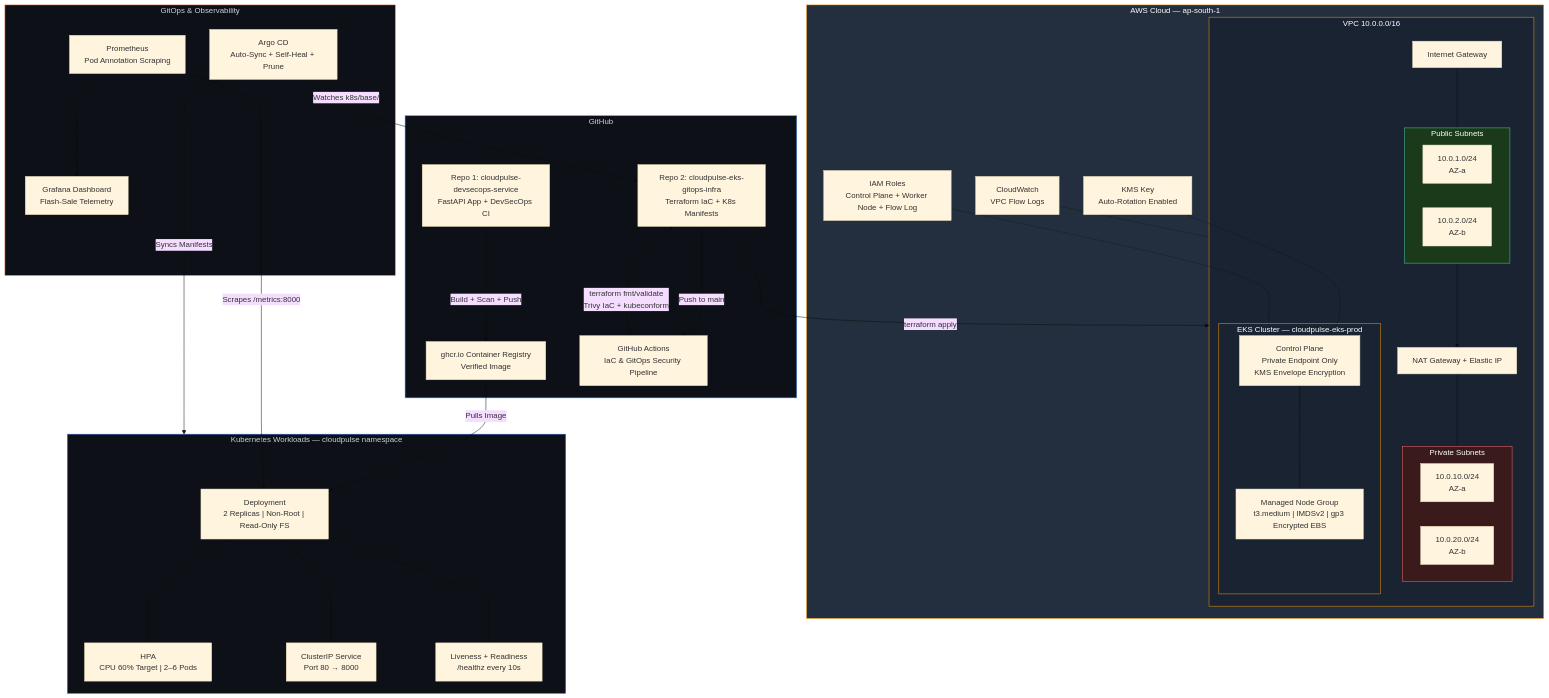
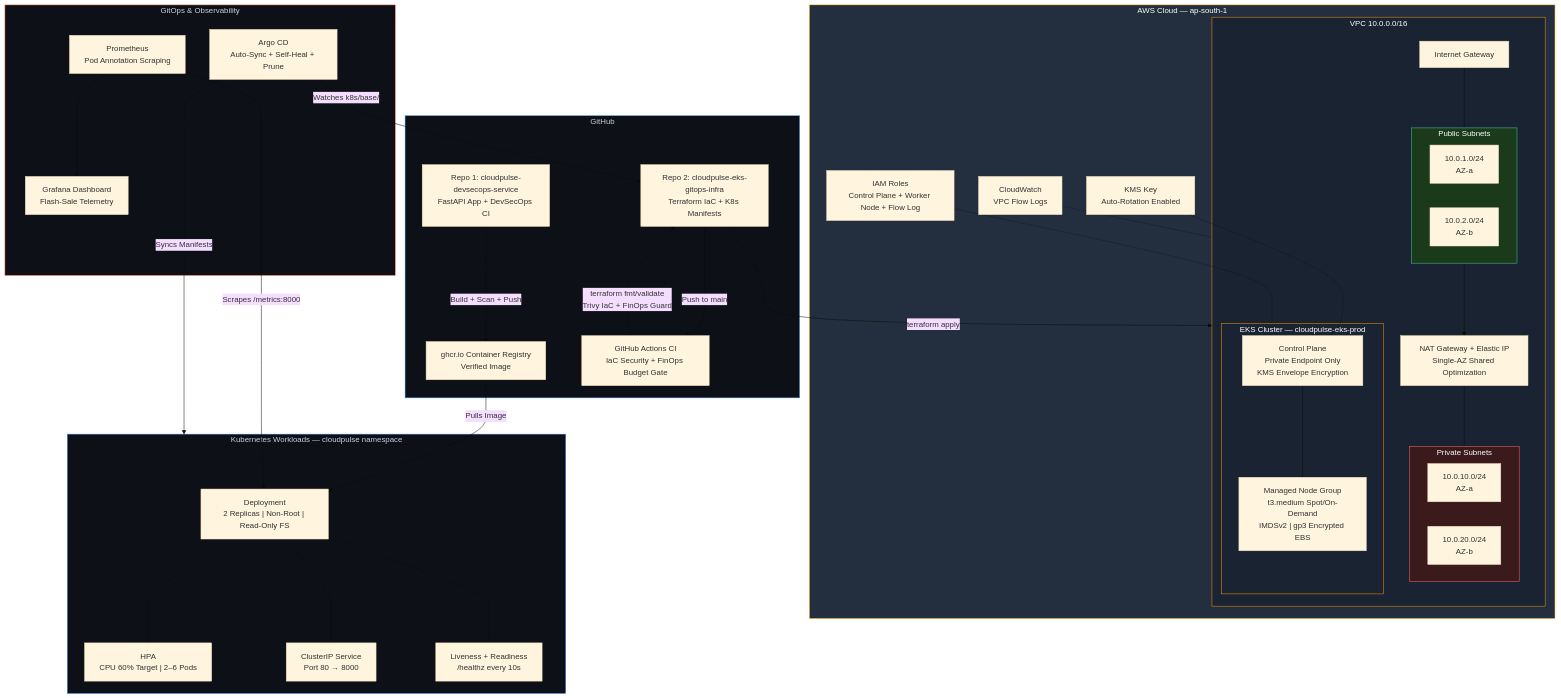
Before and after one commit to mohammedarmaan936-sketch/cloudpulse-eks-gitops-infra: the diagram in README.md, drawn with Mermaid (base theme). The commit also changed other lines of this file and 4 other files, not shown here.

Commit message:
feat(finops): add automated FinOps cost-governance guard, live animated walkthrough, and budget gate

````diff
--- a/README.md
+++ b/README.md
@@ -45,77 +60,77 @@
 ```mermaid
 graph TB
     subgraph GITHUB["GitHub"]
         REPO1["Repo 1: cloudpulse-devsecops-service<br/>FastAPI App + DevSecOps CI"]
         REPO2["Repo 2: cloudpulse-eks-gitops-infra<br/>Terraform IaC + K8s Manifests"]
         GHCR["ghcr.io Container Registry<br/>Verified Image"]
-        CICD["GitHub Actions<br/>IaC & GitOps Security Pipeline"]
+        CICD["GitHub Actions CI<br/>IaC Security + FinOps Budget Gate"]
     end
 
     subgraph AWS["AWS Cloud — ap-south-1"]
         subgraph VPC["VPC 10.0.0.0/16"]
             IGW["Internet Gateway"]
-            NAT["NAT Gateway + Elastic IP"]
+            NAT["NAT Gateway + Elastic IP<br/>Single-AZ Shared Optimization"]
 
             subgraph PUBLIC["Public Subnets"]
                 PUB1["10.0.1.0/24<br/>AZ-a"]
                 PUB2["10.0.2.0/24<br/>AZ-b"]
             end
 
             subgraph PRIVATE["Private Subnets"]
                 PRIV1["10.0.10.0/24<br/>AZ-a"]
                 PRIV2["10.0.20.0/24<br/>AZ-b"]
             end
 
             subgraph EKS["EKS Cluster — cloudpulse-eks-prod"]
                 CP["Control Plane<br/>Private Endpoint Only<br/>KMS Envelope Encryption"]
-                NG["Managed Node Group<br/>t3.medium | IMDSv2 | gp3 Encrypted EBS"]
+                NG["Managed Node Group<br/>t3.medium Spot/On-Demand<br/>IMDSv2 | gp3 Encrypted EBS"]
             end
         end
 
         KMS["KMS Key<br/>Auto-Rotation Enabled"]
         CW["CloudWatch<br/>VPC Flow Logs"]
         IAM["IAM Roles<br/>Control Plane + Worker Node + Flow Log"]
     end
 
     subgraph K8S["Kubernetes Workloads — cloudpulse namespace"]
         DEP["Deployment<br/>2 Replicas | Non-Root | Read-Only FS"]
         HPA["HPA<br/>CPU 60% Target | 2–6 Pods"]
         SVC["ClusterIP Service<br/>Port 80 → 8000"]
         PROBES["Liveness + Readiness<br/>/healthz every 10s"]
     end
 
     subgraph GITOPS["GitOps & Observability"]
         ARGO["Argo CD<br/>Auto-Sync + Self-Heal + Prune"]
         PROM["Prometheus<br/>Pod Annotation Scraping"]
         GRAF["Grafana Dashboard<br/>Flash-Sale Telemetry"]
     end
 
     REPO1 -->|"Build + Scan + Push"| GHCR
     REPO2 -->|"Push to main"| CICD
-    CICD -->|"terraform fmt/validate<br/>Trivy IaC + kubeconform"| REPO2
+    CICD -->|"terraform fmt/validate<br/>Trivy IaC + FinOps Guard"| REPO2
     REPO2 -->|"terraform apply"| VPC
     IGW --- PUBLIC
     NAT --- PRIVATE
     PUBLIC --> NAT
     CP --- NG
     KMS -.- CP
     CW -.- VPC
     IAM -.- EKS
     ARGO -->|"Watches k8s/base/"| REPO2
     ARGO -->|"Syncs Manifests"| K8S
     GHCR -->|"Pulls Image"| DEP
     DEP --- HPA
     DEP --- SVC
     DEP --- PROBES
     PROM -->|"Scrapes /metrics:8000"| DEP
     PROM --> GRAF
 
     style GITHUB fill:#0d1117,stroke:#58a6ff,color:#c9d1d9
     style AWS fill:#232F3E,stroke:#FF9900,color:#FFFFFF
     style VPC fill:#1a2332,stroke:#FF9900,color:#FFFFFF
     style EKS fill:#1a2332,stroke:#FF9900,color:#FFFFFF
     style K8S fill:#0d1117,stroke:#326CE5,color:#c9d1d9
     style GITOPS fill:#0d1117,stroke:#EF7B4D,color:#c9d1d9
     style PUBLIC fill:#1a3a1a,stroke:#4EC9B0,color:#FFFFFF
     style PRIVATE fill:#3a1a1a,stroke:#FF6B6B,color:#FFFFFF
 ```
````
